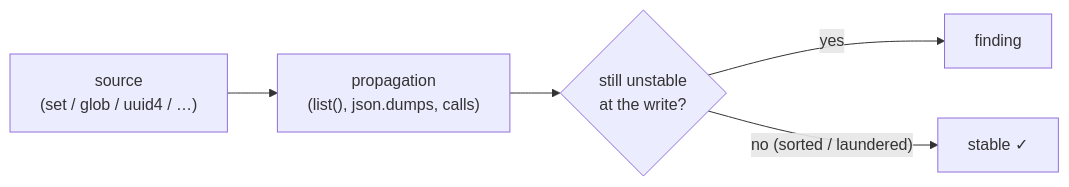
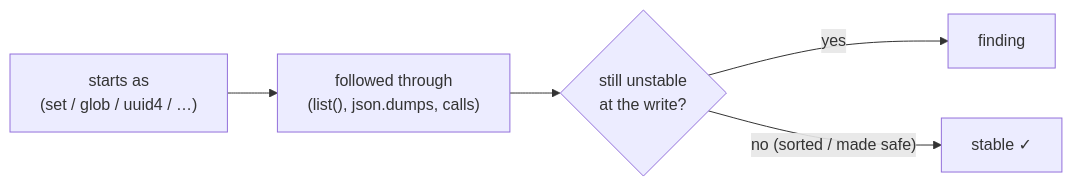
One commit to michaeldmitry/flaplint changed the second of 2 diagrams in README.md. Above: the diagram before and after it, drawn with Mermaid. The commit also changed other lines of this file and 12 other files, not shown here.

````diff
--- a/README.md
+++ b/README.md
@@ -151,7 +150,7 @@
 ```mermaid
 flowchart LR
-    S["source<br/>(set / glob / uuid4 / …)"] --> P["propagation<br/>(list(), json.dumps, calls)"]
+    S["starts as<br/>(set / glob / uuid4 / …)"] --> P["followed through<br/>(list(), json.dumps, calls)"]
     P --> K{still unstable<br/>at the write?}
     K -- yes --> F["finding"]
-    K -- "no (sorted / laundered)" --> OK["stable ✓"]
+    K -- "no (sorted / made safe)" --> OK["stable ✓"]
 ```
````
